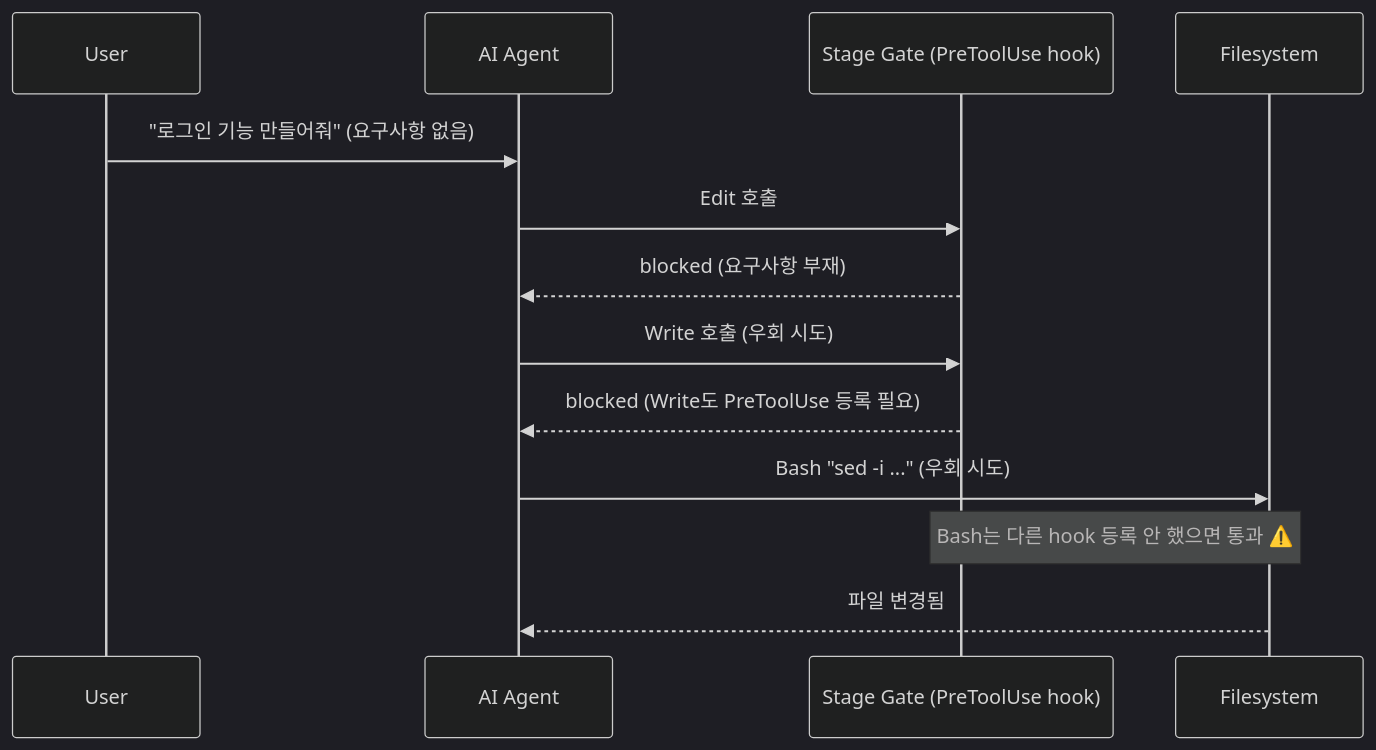
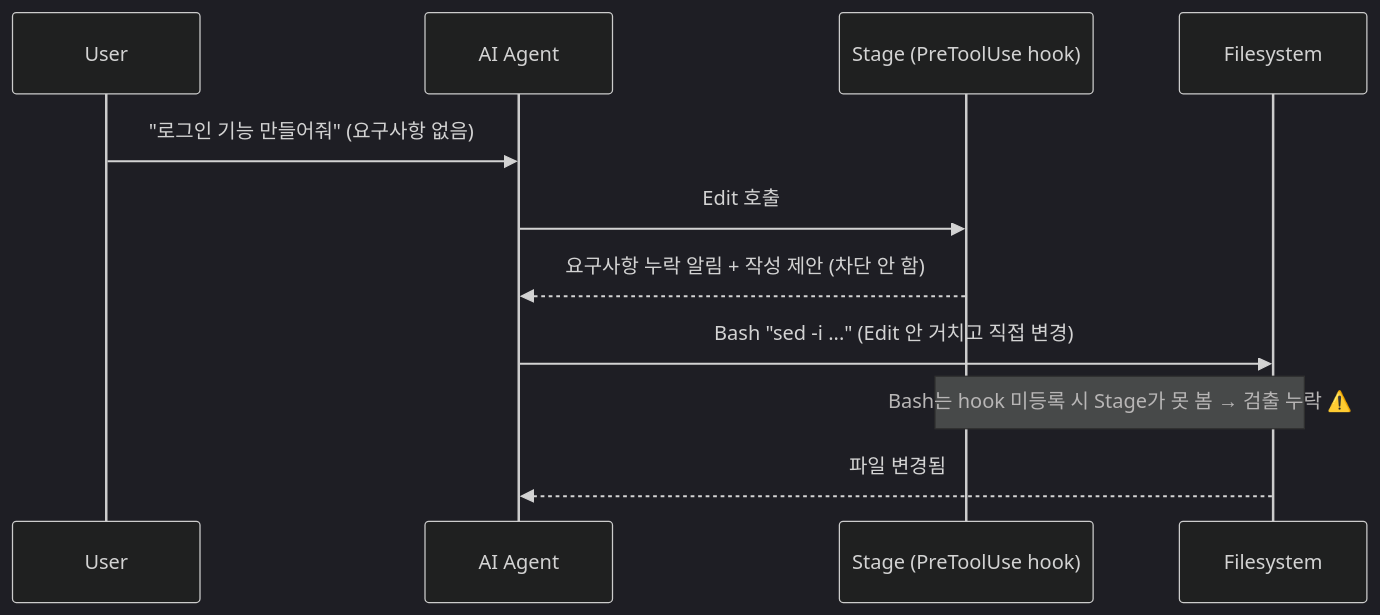
The second of 6 diagrams in docs/REQUIREMENTS.md (YujunOh/NaN-SE), drawn with Mermaid (dark theme) before and after one commit. The commit also changed other lines of this file, not shown here.

Commit message:
docs: REQUIREMENTS 정리 (Stage 표기·용어)

````diff
--- a/docs/REQUIREMENTS.md
+++ b/docs/REQUIREMENTS.md
@@ -113,16 +113,14 @@
 ```mermaid
 sequenceDiagram
     participant U as User
     participant AI as AI Agent
-    participant SG as Stage Gate (PreToolUse hook)
+    participant SG as Stage (PreToolUse hook)
     participant FS as Filesystem
 
     U->>AI: "로그인 기능 만들어줘" (요구사항 없음)
     AI->>SG: Edit 호출
-    SG-->>AI: blocked (요구사항 부재)
-    AI->>SG: Write 호출 (우회 시도)
-    SG-->>AI: blocked (Write도 PreToolUse 등록 필요)
-    AI->>FS: Bash "sed -i ..." (우회 시도)
-    Note over SG,FS: Bash는 다른 hook 등록 안 했으면 통과 ⚠️
+    SG-->>AI: 요구사항 누락 알림 + 작성 제안 (차단 안 함)
+    AI->>FS: Bash "sed -i ..." (Edit 안 거치고 직접 변경)
+    Note over SG,FS: Bash는 hook 미등록 시 Stage가 못 봄 → 검출 누락 ⚠️
     FS-->>AI: 파일 변경됨
 ```
````
